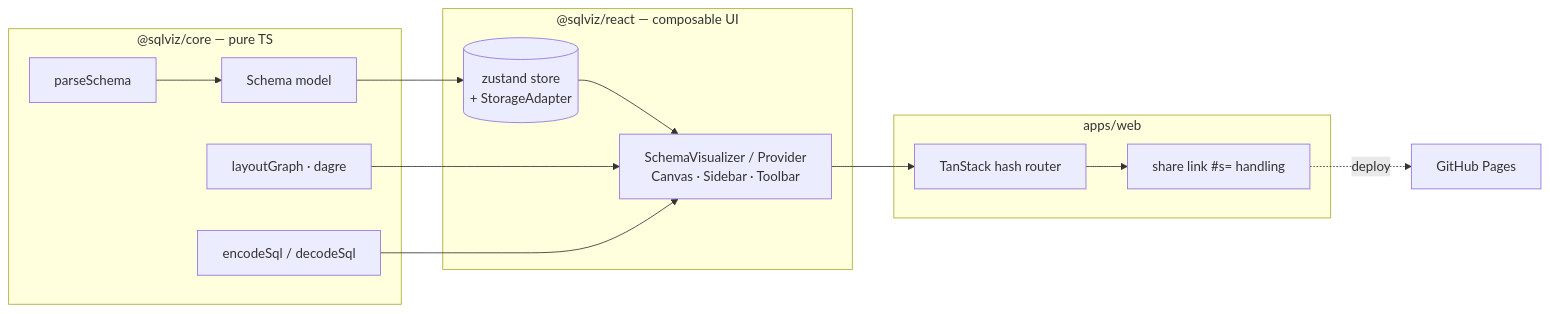
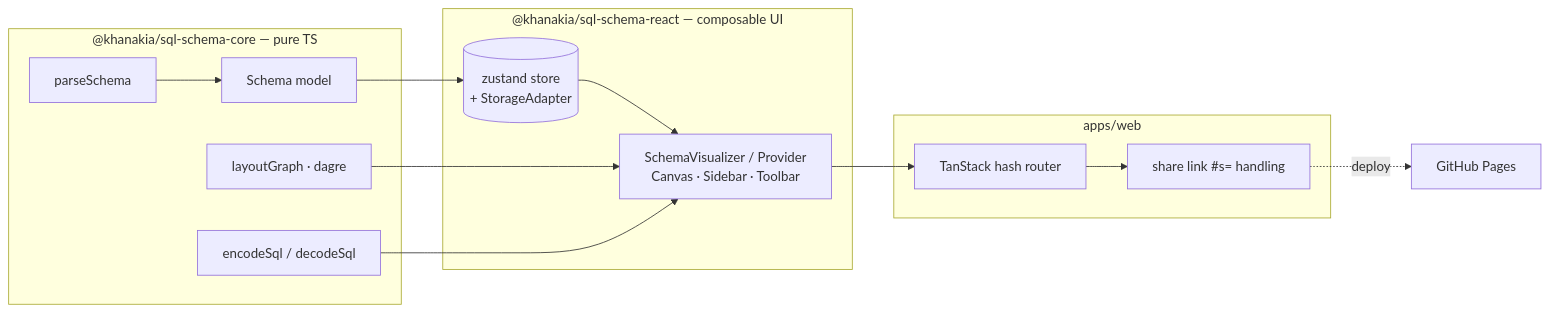
One commit to khanakia/sql-schema-visualizer changed the diagram in README.md. Above: the diagram before and after it, drawn with Mermaid. The commit also changed other lines of this file and 22 other files, not shown here.

First line of the commit message:
Scope to @khanakia/*, full SchemaCanvas props, toolbar primitives, fix Tailwind-in-package

````diff
--- a/README.md
+++ b/README.md
@@ -57,21 +57,21 @@
 ```mermaid
 flowchart LR
-  subgraph core["@sqlviz/core — pure TS"]
+  subgraph core["@khanakia/sql-schema-core — pure TS"]
     PR[parseSchema] --> SC[Schema model]
     LG[layoutGraph · dagre]
     CD[encodeSql / decodeSql]
   end
-  subgraph react["@sqlviz/react — composable UI"]
+  subgraph react["@khanakia/sql-schema-react — composable UI"]
     STORE[(zustand store\n+ StorageAdapter)]
     UI[SchemaVisualizer / Provider\nCanvas · Sidebar · Toolbar]
   end
   subgraph app["apps/web"]
     RT[TanStack hash router]
     SH[share link #s= handling]
   end
   SC --> STORE --> UI
   LG --> UI
   CD --> UI
   UI --> RT --> SH
   SH -.deploy.-> GP[GitHub Pages]
 ```
````
